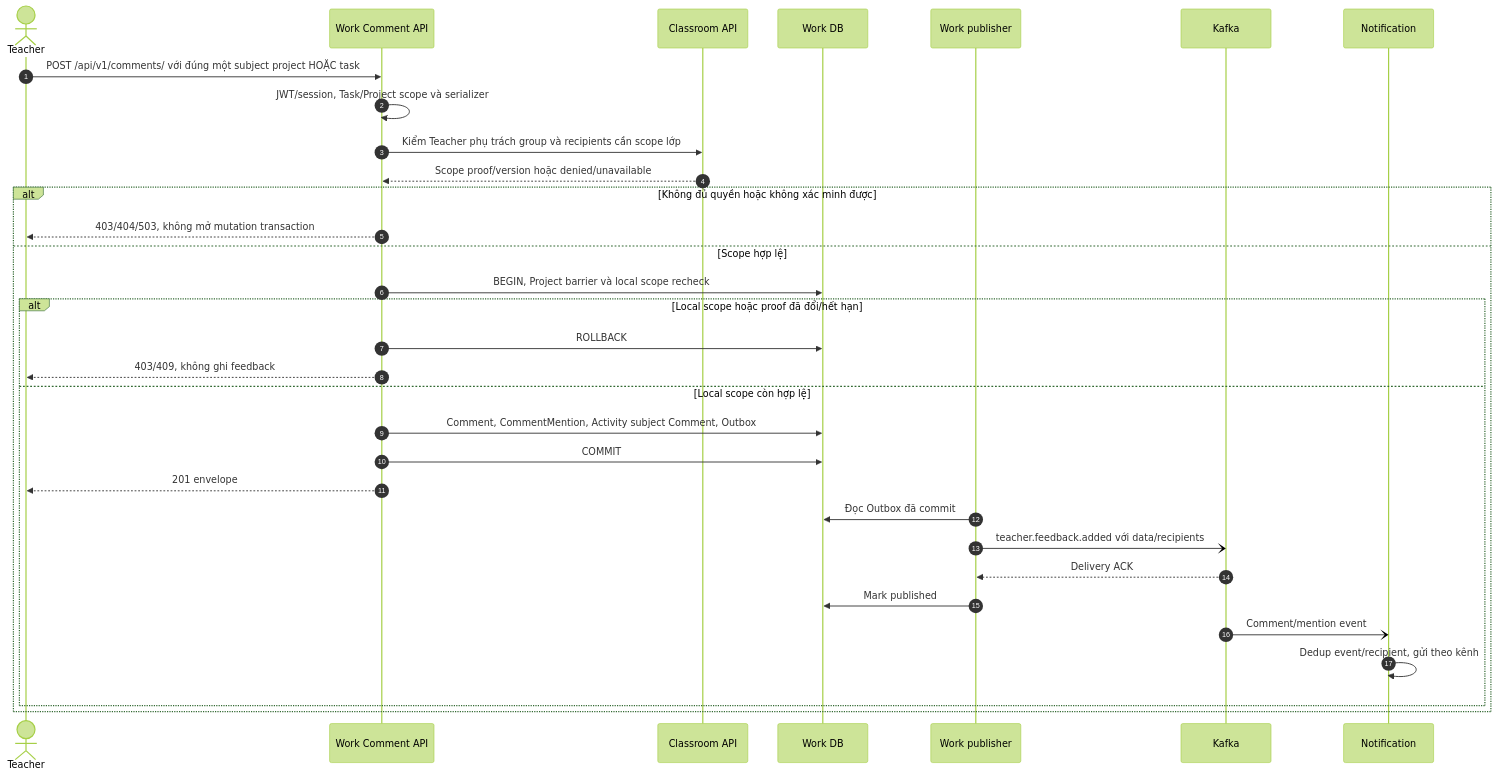
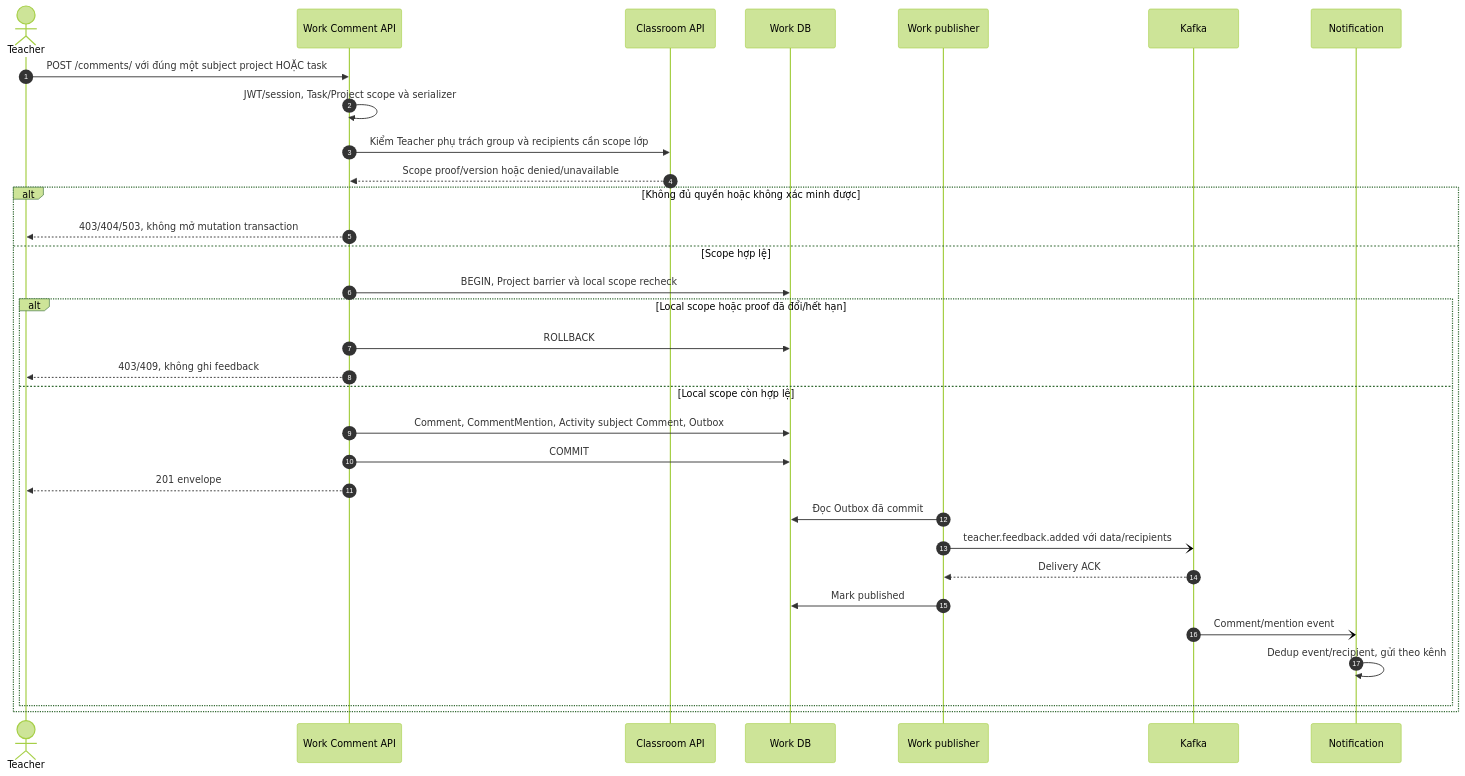
Before and after one commit to TriNguyenThanh/UTask: the ninth of 12 diagrams in docs/diagram/work-service/sequence.md, drawn with Mermaid (forest theme). The commit also changed other lines of this file and 68 other files, not shown here.

````diff
--- a/docs/diagram/work-service/sequence.md
+++ b/docs/diagram/work-service/sequence.md
@@ -383,34 +383,34 @@
 ```mermaid
 sequenceDiagram
     autonumber
     actor T as Teacher
     participant A as Work Comment API
     participant C as Classroom API
     participant D as Work DB
     participant Pub as Work publisher
     participant K as Kafka
     participant N as Notification
-    T->>A: POST /api/v1/comments/ với đúng một subject project HOẶC task
+    T->>A: POST /comments/ với đúng một subject project HOẶC task
     A->>A: JWT/session, Task/Project scope và serializer
     A->>C: Kiểm Teacher phụ trách group và recipients cần scope lớp
     C-->>A: Scope proof/version hoặc denied/unavailable
     alt Không đủ quyền hoặc không xác minh được
         A-->>T: 403/404/503, không mở mutation transaction
     else Scope hợp lệ
         A->>D: BEGIN, Project barrier và local scope recheck
         alt Local scope hoặc proof đã đổi/hết hạn
             A->>D: ROLLBACK
             A-->>T: 403/409, không ghi feedback
         else Local scope còn hợp lệ
             A->>D: Comment, CommentMention, Activity subject Comment, Outbox
             A->>D: COMMIT
             A-->>T: 201 envelope
             Pub->>D: Đọc Outbox đã commit
             Pub-)K: teacher.feedback.added với data/recipients
             K-->>Pub: Delivery ACK
             Pub->>D: Mark published
             K-)N: Comment/mention event
             N->>N: Dedup event/recipient, gửi theo kênh
         end
     end
 ```
````
